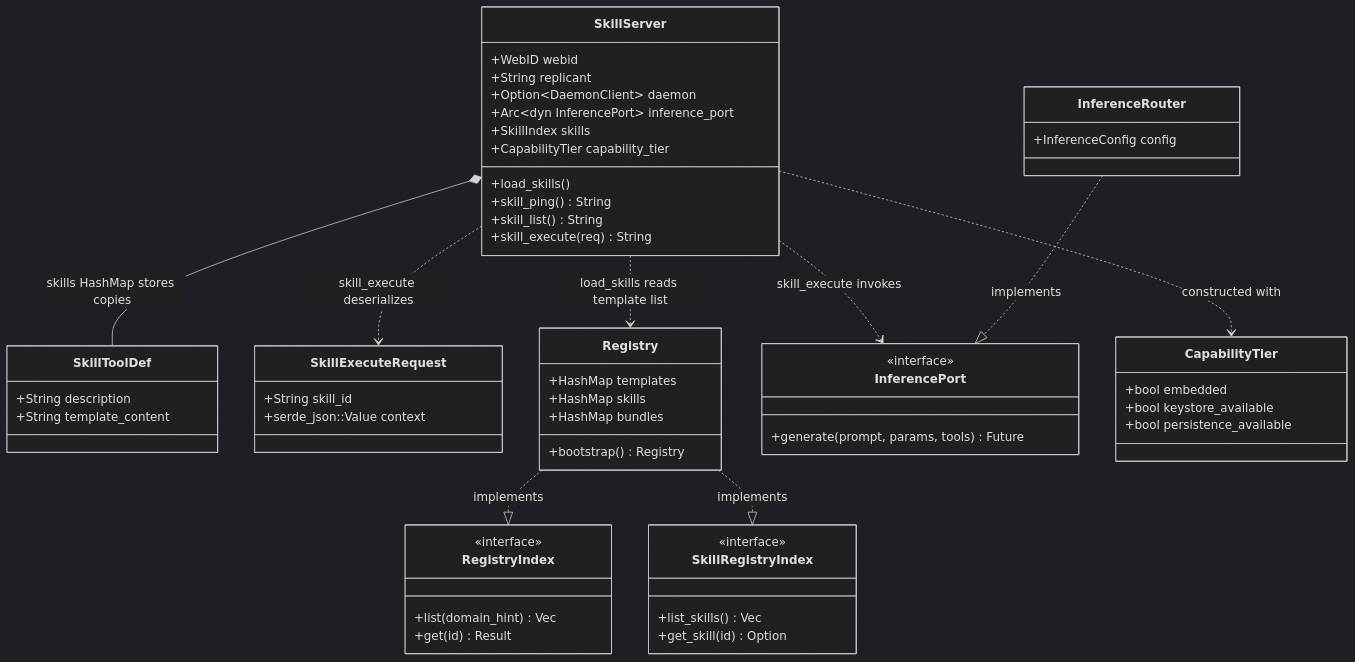
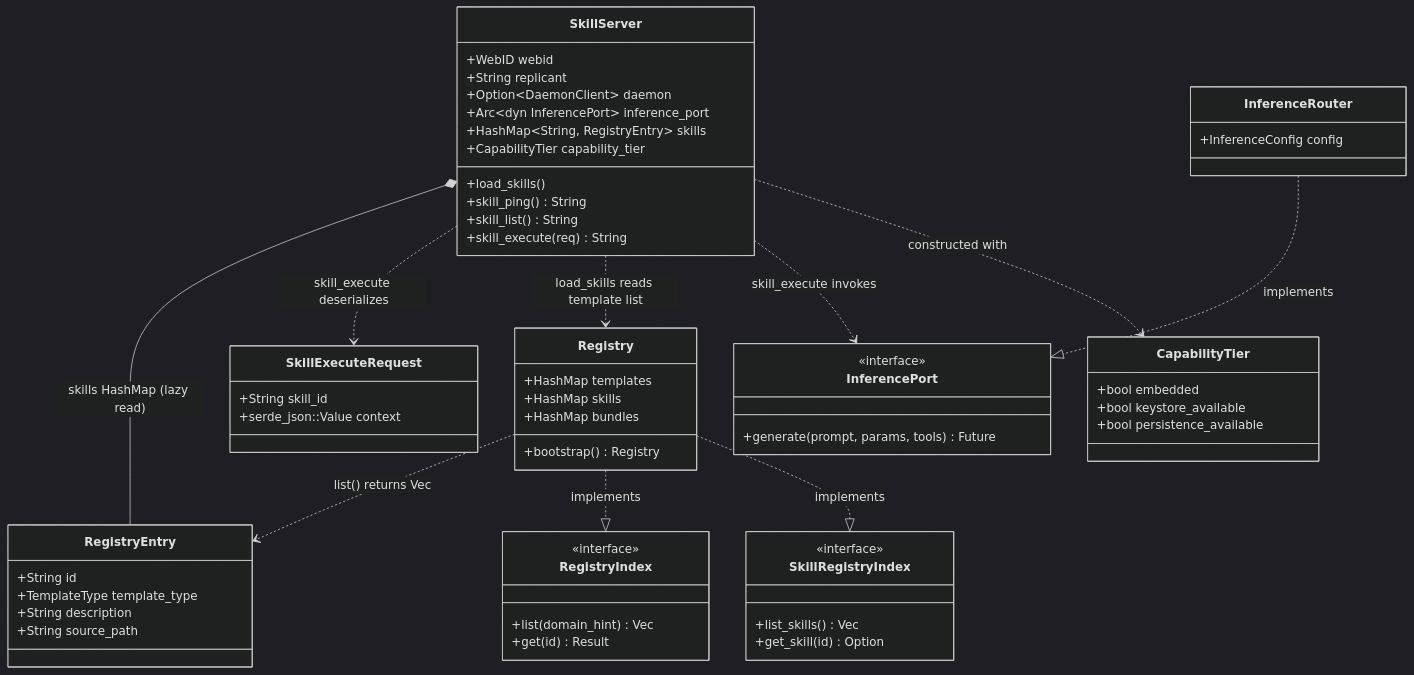
The diagram in docs/reference/mcp-servers/skill-server.md (mdz-axo/hKask), drawn with Mermaid (dark theme) before and after one commit. The commit also changed other lines of this file and 22 other files, not shown here.

````diff
--- a/docs/reference/mcp-servers/skill-server.md
+++ b/docs/reference/mcp-servers/skill-server.md
@@ -52,61 +57,64 @@
 ```mermaid
 classDiagram
     direction TD
     class SkillServer {
         +WebID webid
         +String replicant
         +Option~DaemonClient~ daemon
         +Arc~dyn InferencePort~ inference_port
-        +SkillIndex skills
+        +HashMap~String, RegistryEntry~ skills
         +CapabilityTier capability_tier
         +load_skills()
         +skill_ping() String
         +skill_list() String
         +skill_execute(req) String
     }
-    class SkillToolDef {
+    class RegistryEntry {
+        +String id
+        +TemplateType template_type
         +String description
-        +String template_content
+        +String source_path
     }
     class SkillExecuteRequest {
         +String skill_id
         +serde_json::Value context
     }
     class Registry {
         +HashMap templates
         +HashMap skills
         +HashMap bundles
         +bootstrap() Registry
     }
     class RegistryIndex {
         <<interface>>
         +list(domain_hint) Vec
         +get(id) Result
     }
     class SkillRegistryIndex {
         <<interface>>
         +list_skills() Vec
         +get_skill(id) Option
     }
     class InferencePort {
         <<interface>>
         +generate(prompt, params, tools) Future
     }
     class InferenceRouter {
         +InferenceConfig config
     }
     class CapabilityTier {
         +bool embedded
         +bool keystore_available
         +bool persistence_available
     }
 
-    SkillServer *-- SkillToolDef : skills HashMap stores copies
+    SkillServer *-- RegistryEntry : skills HashMap (lazy read)
     SkillServer ..> SkillExecuteRequest : skill_execute deserializes
     SkillServer ..> Registry : load_skills reads template list
+    Registry ..> RegistryEntry : list() returns Vec
     SkillServer ..> InferencePort : skill_execute invokes
     SkillServer ..> CapabilityTier : constructed with
     Registry ..|> RegistryIndex : implements
     Registry ..|> SkillRegistryIndex : implements
     InferenceRouter ..|> InferencePort : implements
 ```
````
